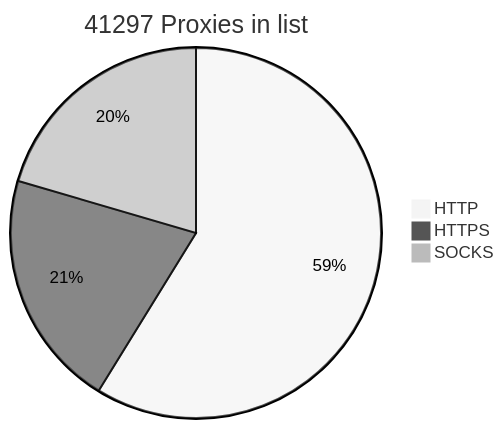
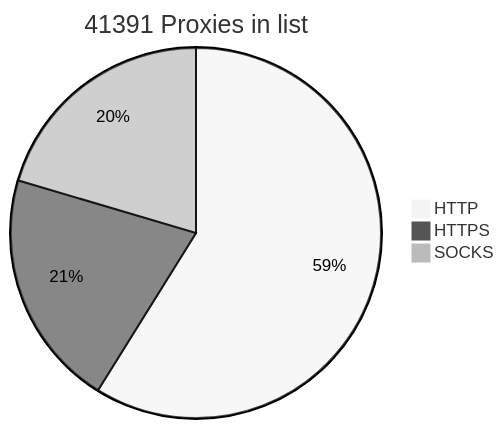
The diagram in README.md (BlackSnowDot/proxylist-update-every-minute), drawn with Mermaid (neutral theme) before and after one commit.

````diff
--- a/README.md
+++ b/README.md
@@ -2,6 +2,6 @@
 ```mermaid
-pie title 41297 Proxies in list
-    "HTTP" : 28169
-    "HTTPS": 9934
+pie title 41391 Proxies in list
+    "HTTP" : 28257
+    "HTTPS": 9940
     "SOCKS" : 9803
 ```
````
